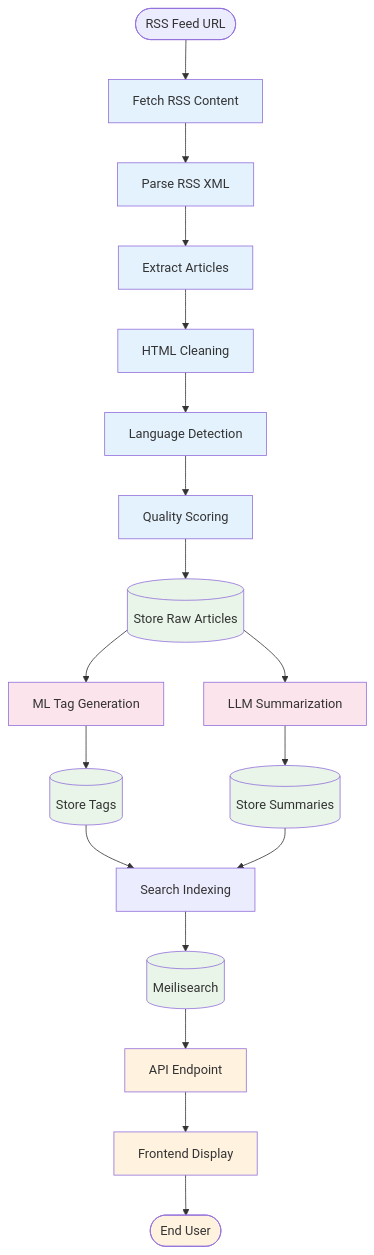
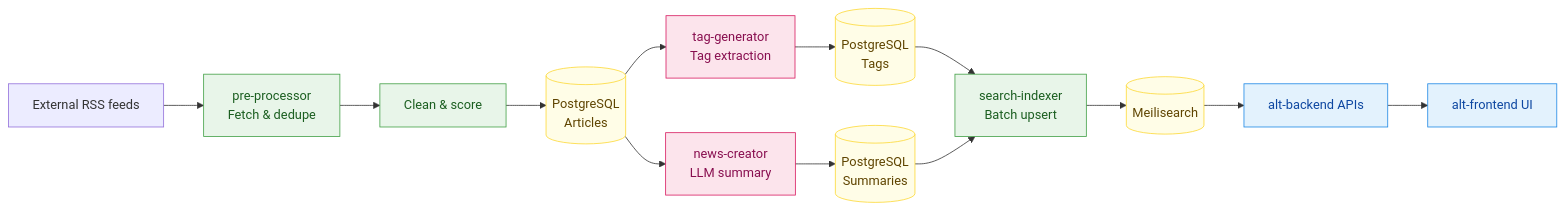
One commit to Kaikei-e/Alt changed the second of 2 diagrams in README.md. Above: the diagram before and after it, drawn with Mermaid. The commit also changed other lines of this file, not shown here.

````diff
--- a/README.md
+++ b/README.md
@@ -302,36 +102,23 @@
 ```mermaid
-flowchart TD
-    START([RSS Feed URL]) --> FETCH[Fetch RSS Content]
-    FETCH --> PARSE[Parse RSS XML]
-    PARSE --> EXTRACT[Extract Articles]
-
-    EXTRACT --> CLEAN[HTML Cleaning]
-    CLEAN --> LANG[Language Detection]
-    LANG --> QUALITY[Quality Scoring]
-
-    QUALITY --> STORE_RAW[(Store Raw Articles)]
-
-    STORE_RAW --> TAG_ML[ML Tag Generation]
-    TAG_ML --> STORE_TAGS[(Store Tags)]
-
-    STORE_RAW --> LLM_SUM[LLM Summarization]
-    LLM_SUM --> STORE_SUM[(Store Summaries)]
-
-    STORE_TAGS --> INDEX[Search Indexing]
-    STORE_SUM --> INDEX
-    INDEX --> SEARCH_DB[(Meilisearch)]
-
-    SEARCH_DB --> API_SERVE[API Endpoint]
-    API_SERVE --> FRONTEND[Frontend Display]
-    FRONTEND --> USER([End User])
-
-    classDef process fill:#e3f2fd
-    classDef storage fill:#e8f5e8
-    classDef ai fill:#fce4ec
-    classDef endpoint fill:#fff3e0
-
-    class FETCH,PARSE,EXTRACT,CLEAN,LANG,QUALITY process
-    class STORE_RAW,STORE_TAGS,STORE_SUM,SEARCH_DB storage
-    class TAG_ML,LLM_SUM ai
-    class API_SERVE,FRONTEND,USER endpoint
+flowchart LR
+    RSS[External RSS feeds] --> FETCH[pre-processor<br/>Fetch & dedupe]
+    FETCH --> CLEAN[Clean & score]
+    CLEAN --> STORE_RAW[(PostgreSQL<br/>Articles)]
+    STORE_RAW --> TAGML[tag-generator<br/>Tag extraction]
+    STORE_RAW --> SUMLLM[news-creator<br/>LLM summary]
+    TAGML --> STORE_TAGS[(PostgreSQL<br/>Tags)]
+    SUMLLM --> STORE_SUM[(PostgreSQL<br/>Summaries)]
+    STORE_TAGS --> INDEXER[search-indexer<br/>Batch upsert]
+    STORE_SUM --> INDEXER
+    INDEXER --> MEILI[(Meilisearch)]
+    MEILI --> BACKEND_API[alt-backend APIs]
+    BACKEND_API --> FRONTEND[alt-frontend UI]
+    classDef process fill:#e8f5e9,stroke:#43a047,color:#1b5e20
+    classDef storage fill:#fffde7,stroke:#fdd835,color:#5f4400
+    classDef ai fill:#fce4ec,stroke:#d81b60,color:#880e4f
+    classDef surface fill:#e3f2fd,stroke:#1e88e5,color:#0d47a1
+    class FETCH,CLEAN,INDEXER process
+    class TAGML,SUMLLM ai
+    class STORE_RAW,STORE_TAGS,STORE_SUM,MEILI storage
+    class BACKEND_API,FRONTEND surface
 ```
````
